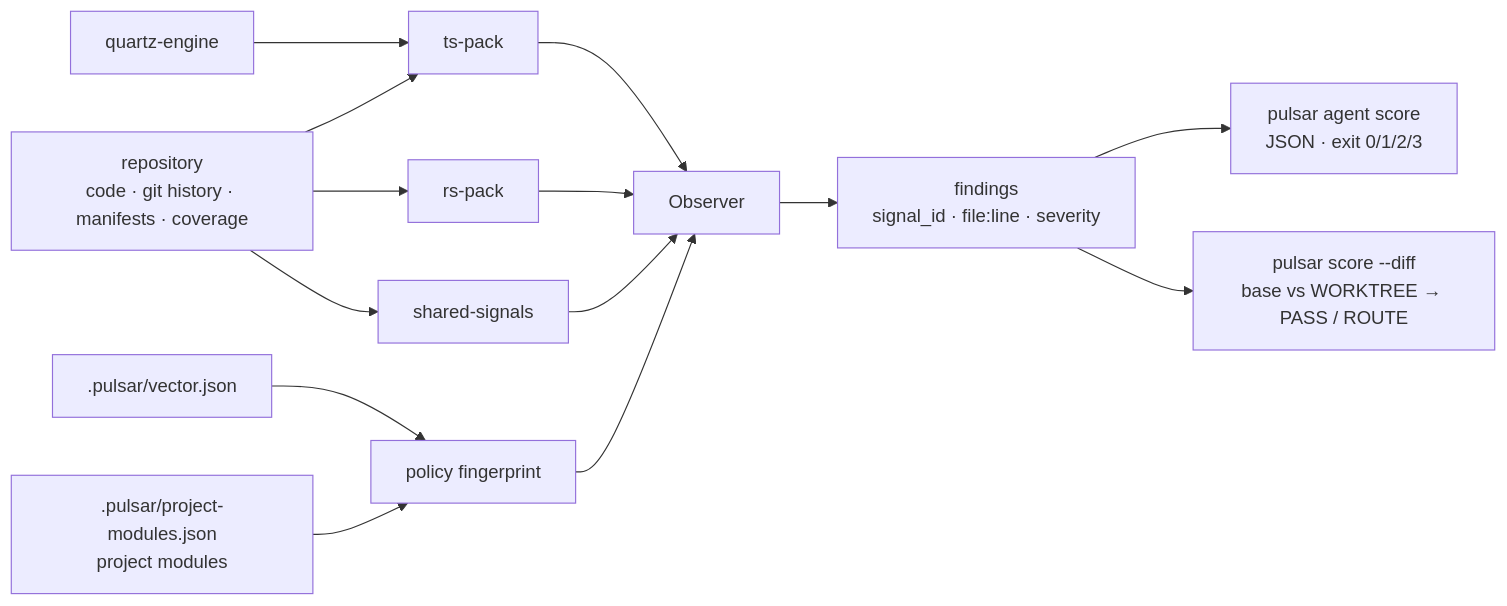
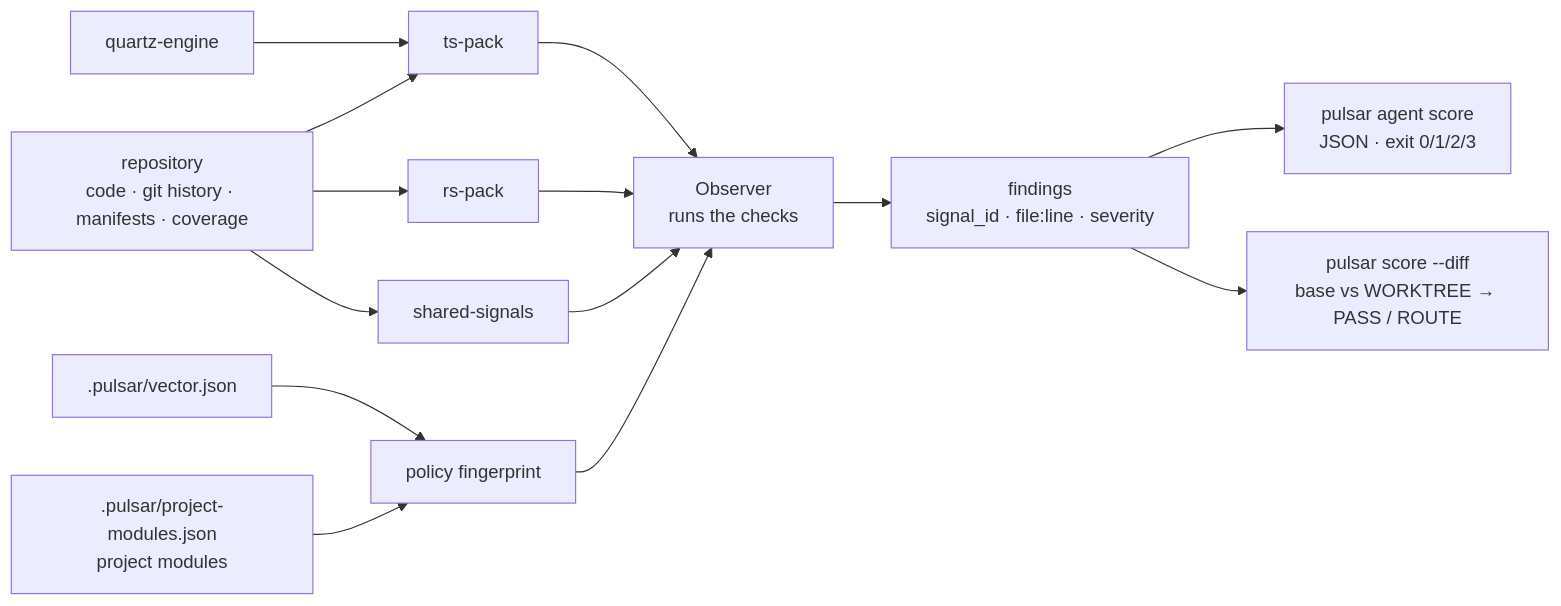
One commit to skastr0/pulsar changed the diagram in README.md. Above: the diagram before and after it, drawn with Mermaid. The commit also changed other lines of this file, not shown here.

````diff
--- a/README.md
+++ b/README.md
@@ -144,23 +144,23 @@
 ```mermaid
 flowchart LR
   repo["repository<br/>code · git history · manifests · coverage"]
   quartz["quartz-engine"]
   ts["ts-pack"]
   rs["rs-pack"]
   shared["shared-signals"]
   vector[".pulsar/vector.json"]
   modules[".pulsar/project-modules.json<br/>project modules"]
   fp["policy fingerprint"]
-  obs["Observer"]
+  obs["Observer<br/>runs the checks"]
   findings["findings<br/>signal_id · file:line · severity"]
   agent["pulsar agent score<br/>JSON · exit 0/1/2/3"]
   diff["pulsar score --diff<br/>base vs WORKTREE → PASS / ROUTE"]
 
   repo --> ts & rs & shared
   quartz --> ts
   ts & rs & shared --> obs
   vector & modules --> fp --> obs
   obs --> findings
   findings --> agent
   findings --> diff
 ```
````
